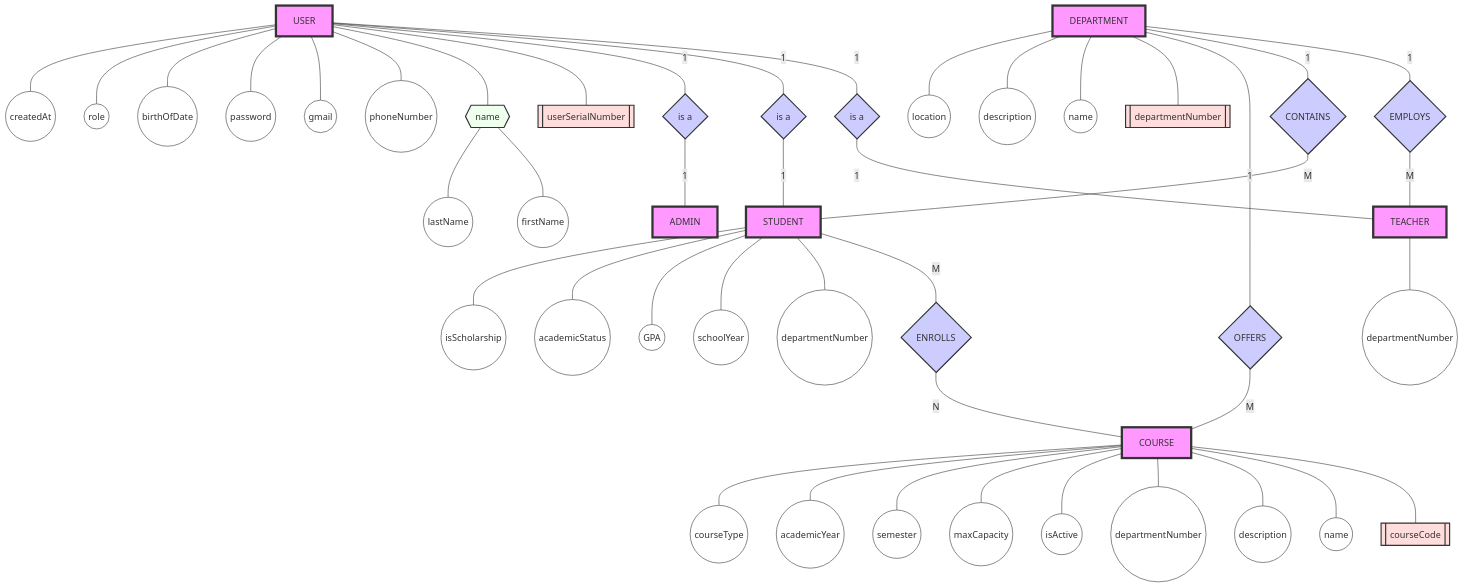
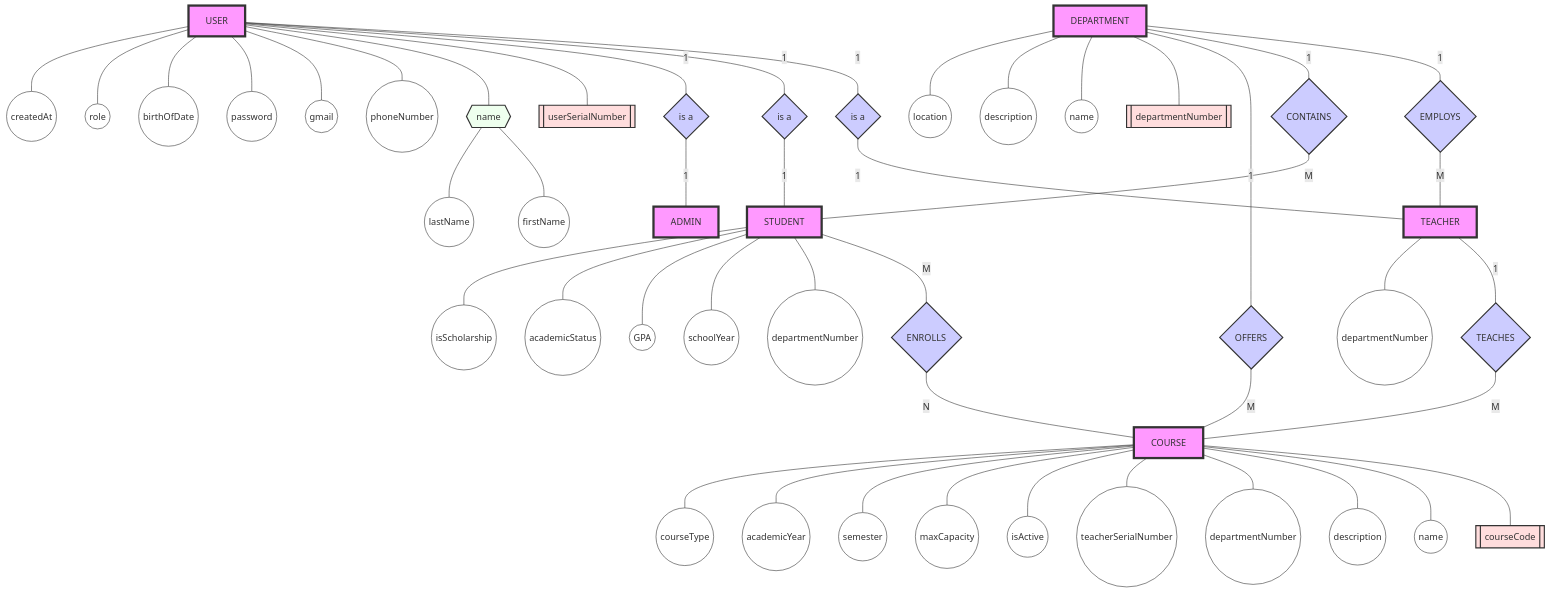
Before and after one commit to Abdelrhmansersawy/EduMatrix: the first of 3 diagrams in README.md, drawn with Mermaid. The commit also changed other lines of this file, not shown here.

```diff
--- a/README.md
+++ b/README.md
@@ -56,6 +85,7 @@
     EmplTeachRel{EMPLOYS}:::relationship
     ContainsRel{CONTAINS}:::relationship
     OffersRel{OFFERS}:::relationship
+    TeachesRel{TEACHES}:::relationship
 
     %% Entity-Relationship Connections
     User --"1"--- IsTeacherRel
@@ -71,6 +101,9 @@
     ContainsRel --"M"--- Student
     Department --"1"--- OffersRel
     OffersRel --"M"--- Course
+
+    Teacher --"1"--- TeachesRel
+    TeachesRel --"M"--- Course
 
     Student --"M"--- EnrollsRel
     EnrollsRel --"N"--- Course
@@ -108,6 +141,7 @@
     Course --- C_Name((name)):::attribute
     Course --- C_Desc((description)):::attribute
     Course --- C_Dept((departmentNumber)):::attribute
+    Course --- C_Teacher((teacherSerialNumber)):::attribute
     Course --- C_Active((isActive)):::attribute
     Course --- C_Cap((maxCapacity)):::attribute
     Course --- C_Sem((semester)):::attribute
```
